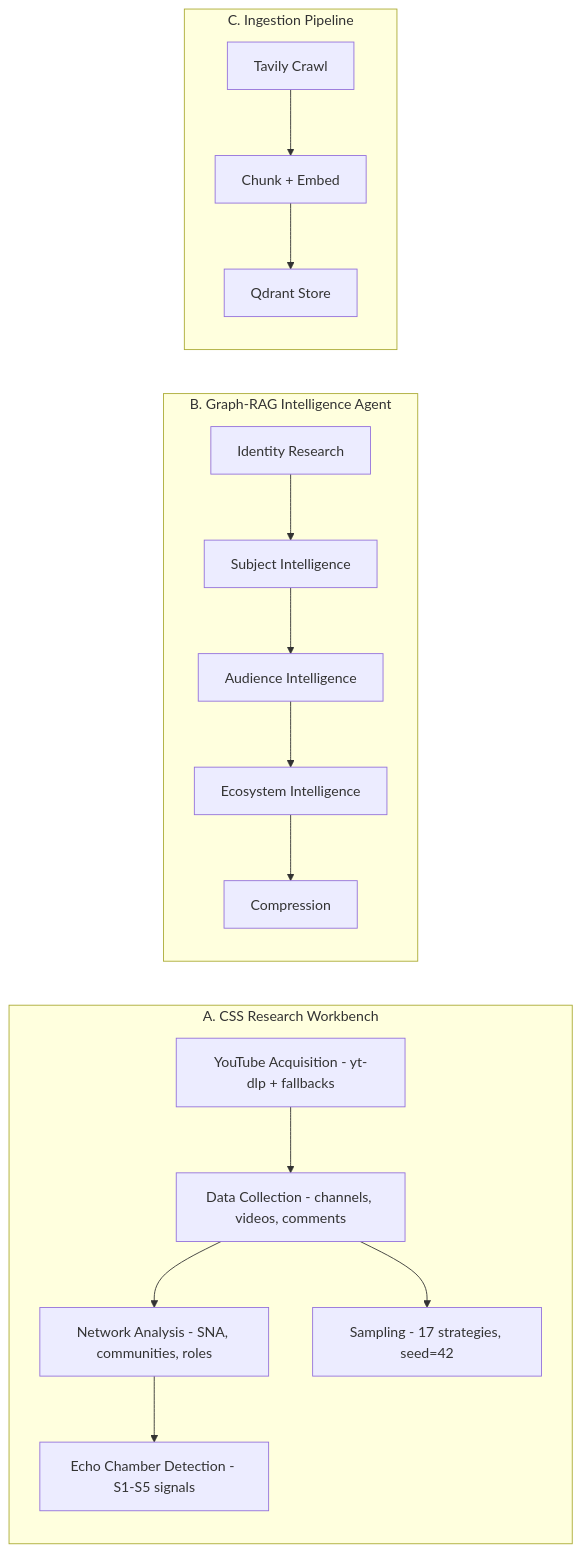
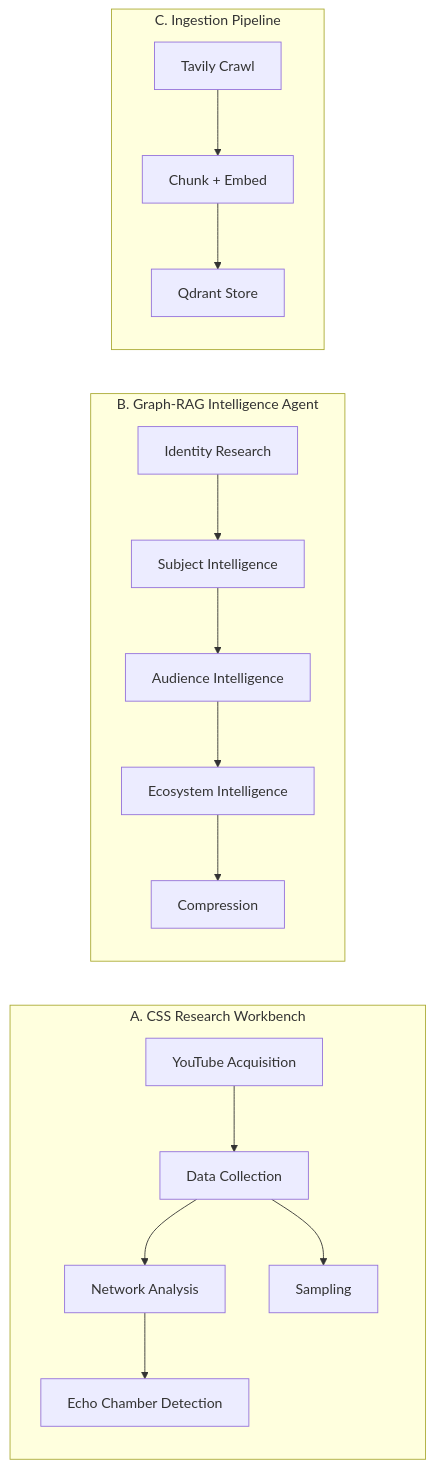
One commit to Ahmed-yasser86/The_CSocial_Science_Lab changed the second of 7 diagrams in README.md. Above: the diagram before and after it, drawn with Mermaid. The commit also changed other lines of this file, not shown here.

First line of the commit message:
fix: simplify Mermaid diagrams for GitHub rendering

````diff
--- a/README.md
+++ b/README.md
@@ -454,26 +454,26 @@
 ```mermaid
 graph LR
     subgraph "A. CSS Research Workbench"
-        A1[YouTube Acquisition - yt-dlp + fallbacks]
-        A2[Data Collection - channels, videos, comments]
-        A3[Network Analysis - SNA, communities, roles]
-        A4[Echo Chamber Detection - S1-S5 signals]
-        A5[Sampling - 17 strategies, seed=42]
+        A1[YouTube Acquisition]
+        A2[Data Collection]
+        A3[Network Analysis]
+        A4[Echo Chamber Detection]
+        A5[Sampling]
     end
     subgraph "B. Graph-RAG Intelligence Agent"
         B1[Identity Research]
         B2[Subject Intelligence]
         B3[Audience Intelligence]
         B4[Ecosystem Intelligence]
         B5[Compression]
     end
     subgraph "C. Ingestion Pipeline"
         C1[Tavily Crawl]
         C2[Chunk + Embed]
         C3[Qdrant Store]
     end
     A1 --> A2 --> A3 --> A4
     A2 --> A5
     B1 --> B2 --> B3 --> B4 --> B5
     C1 --> C2 --> C3
 ```
````
